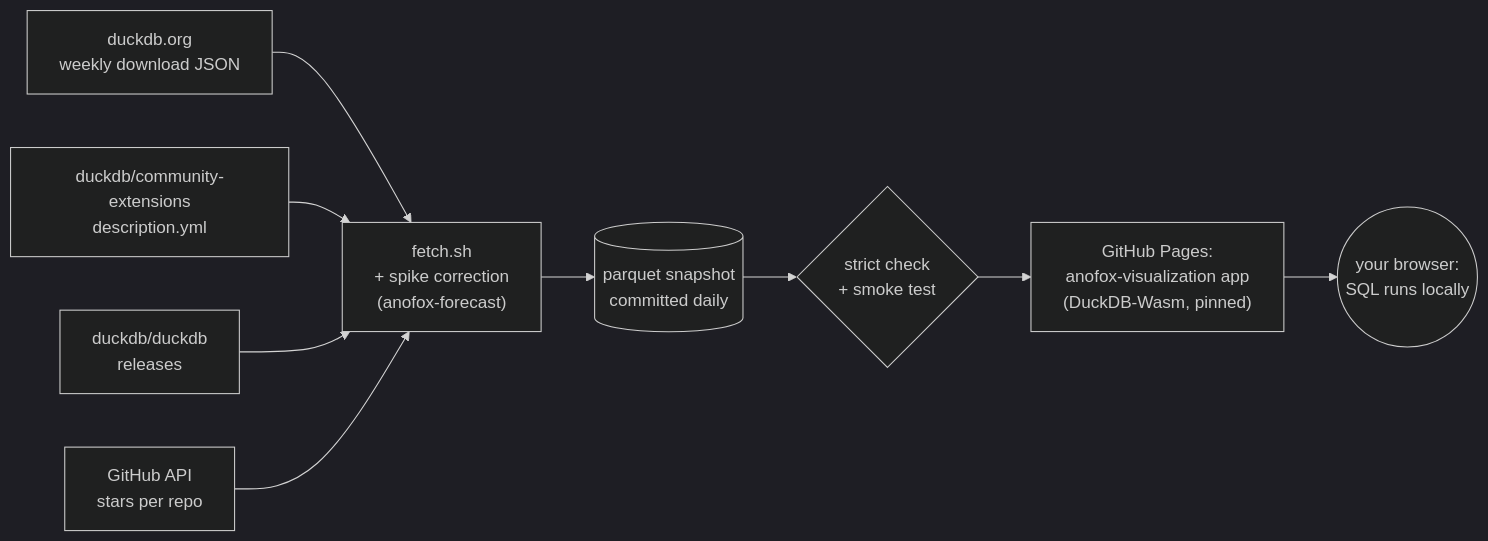
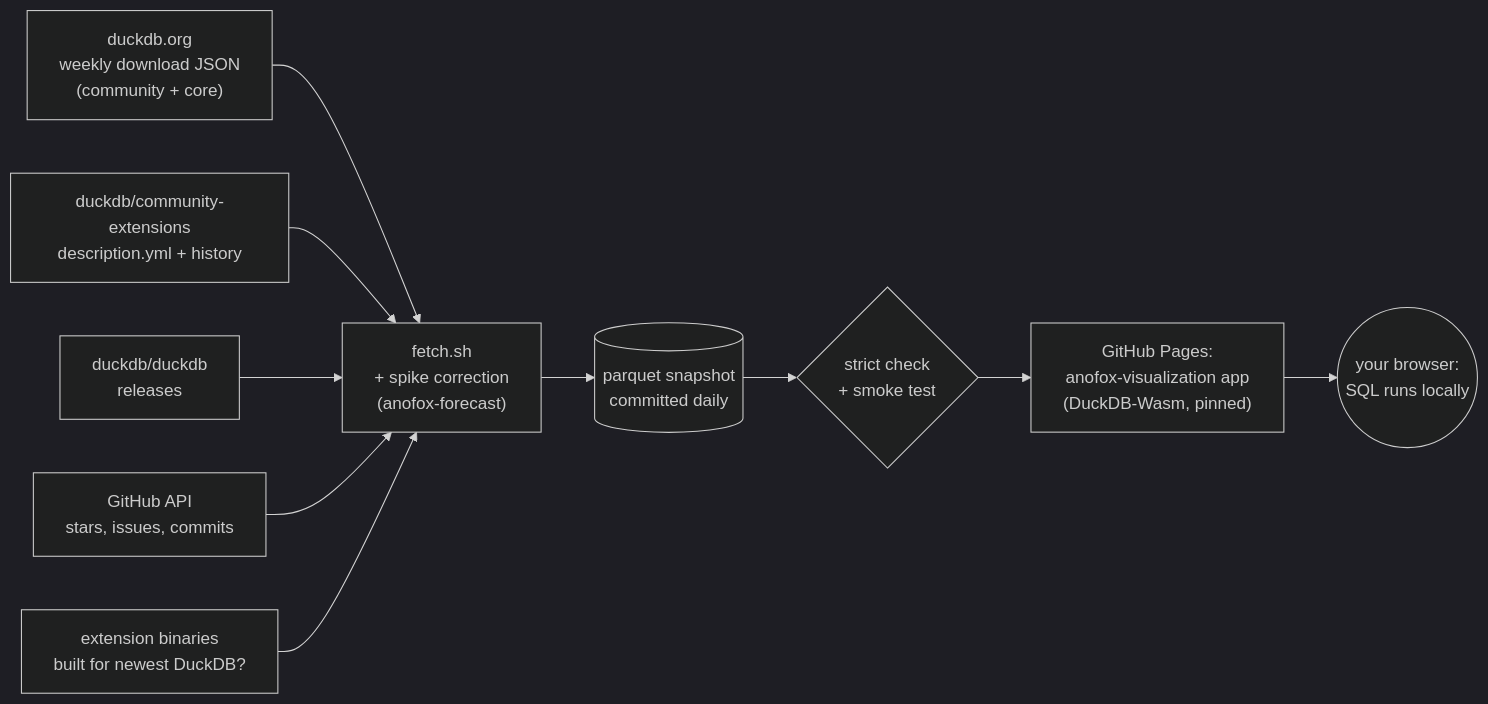
The diagram in README.md (DataZooDE/duckdb-extension-dashboard), drawn with Mermaid (dark theme) before and after one commit. The commit also changed other lines of this file and 5 other files, not shown here.

````diff
--- a/README.md
+++ b/README.md
@@ -54,11 +59,12 @@
 ```mermaid
 flowchart LR
-  A["duckdb.org<br/>weekly download JSON"] --> F
-  B["duckdb/community-extensions<br/>description.yml"] --> F
+  A["duckdb.org<br/>weekly download JSON<br/>(community + core)"] --> F
+  B["duckdb/community-extensions<br/>description.yml + history"] --> F
   C["duckdb/duckdb<br/>releases"] --> F
-  G["GitHub API<br/>stars per repo"] --> F
+  G["GitHub API<br/>stars, issues, commits"] --> F
+  H["extension binaries<br/>built for newest DuckDB?"] --> F
   F["fetch.sh<br/>+ spike correction<br/>(anofox-forecast)"] --> S[("parquet snapshot<br/>committed daily")]
   S --> K{"strict check<br/>+ smoke test"}
   K --> P["GitHub Pages:<br/>anofox-visualization app<br/>(DuckDB-Wasm, pinned)"]
   P --> U(("your browser:<br/>SQL runs locally"))
 ```
````
